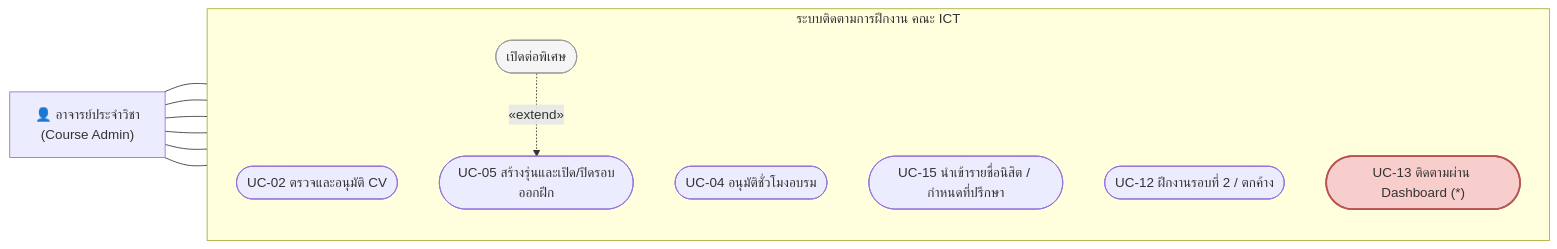
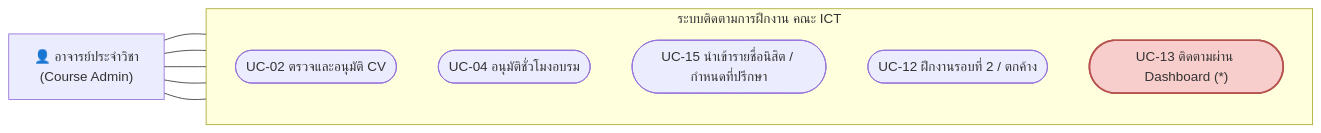
One commit to Whyer2005/ICT_Internship_tracking_system changed the third of 5 diagrams in docs/requirements/diagrams/10_USE_CASE_BY_ROLE.md. Above: the diagram before and after it, drawn with Mermaid. The commit also changed other lines of this file and 6 other files, not shown here.

Commit message:
แก้bugอาจารย์รายวิชา ตั่งนิสิตถอนรายวิชาไม่ได้ & update use caseและRole diagram

````diff
--- a/docs/requirements/diagrams/10_USE_CASE_BY_ROLE.md
+++ b/docs/requirements/diagrams/10_USE_CASE_BY_ROLE.md
@@ -70,20 +70,15 @@
 ```mermaid
 flowchart LR
     A["👤 อาจารย์ประจำวิชา<br/>(Course Admin)"]
     subgraph SYS["ระบบติดตามการฝึกงาน คณะ ICT"]
         direction TB
         UC02(["UC-02 ตรวจและอนุมัติ CV"])
         UC04(["UC-04 อนุมัติชั่วโมงอบรม"])
         UC15(["UC-15 นำเข้ารายชื่อนิสิต / กำหนดที่ปรึกษา"])
-        UC05(["UC-05 สร้างรุ่นและเปิด/ปิดรอบออกฝึก"])
-        UC05X(["เปิดต่อพิเศษ"])
         UC12(["UC-12 ฝึกงานรอบที่ 2 / ตกค้าง"])
         UC13(["UC-13 ติดตามผ่าน Dashboard (*)"])
     end
-    A --- UC02 & UC04 & UC15 & UC05 & UC12 & UC13
-    UC05X -. "«extend»" .-> UC05
+    A --- UC02 & UC04 & UC15 & UC12 & UC13
     classDef red fill:#f8cecc,stroke:#b85450,stroke-width:2px
-    classDef sub fill:#f5f5f5,stroke:#999999
     class UC13 red
-    class UC05X sub
 ```
````
